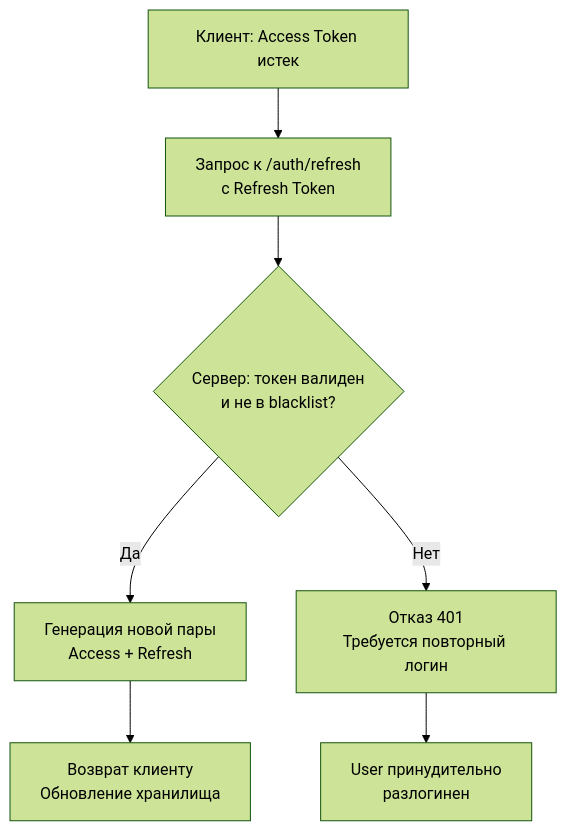
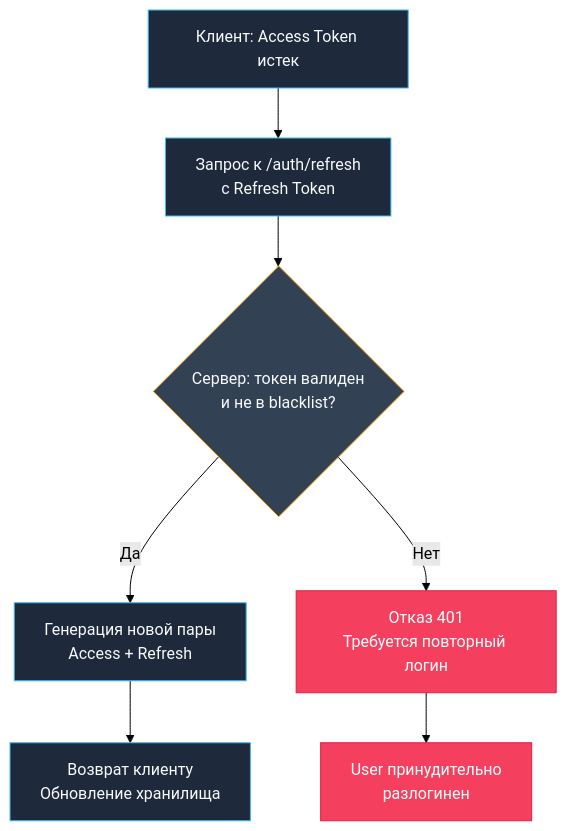
Before and after one commit to UnrealTemplier/go-textbook: the second of 2 diagrams in sources/9. Бэкенд на Go (Практика разработки)/19. Authentication. JWT.md, drawn with Mermaid (forest theme). The commit also changed other lines of this file, not shown here.

````diff
--- a/sources/9. Бэкенд на Go (Практика разработки)/19. Authentication. JWT.md
+++ b/sources/9. Бэкенд на Go (Практика разработки)/19. Authentication. JWT.md
@@ -143,9 +172,18 @@
 ```mermaid
 flowchart TD
     A["Клиент: Access Token истек"] --> B["Запрос к /auth/refresh<br>с Refresh Token"]
     B --> C{"Сервер: токен валиден<br>и не в blacklist?"}
     C -->|Да| D["Генерация новой пары<br>Access + Refresh"]
     D --> E["Возврат клиенту<br>Обновление хранилища"]
     C -->|Нет| F["Отказ 401<br>Требуется повторный логин"]
     F --> G["User принудительно<br>разлогинен"]
+
+    classDef normal fill:#1e293b,stroke:#38bdf8,color:#f8fafc;
+    classDef decision fill:#334155,stroke:#f59e0b,color:#f8fafc;
+    classDef ok fill:#10b981,stroke:#059669,color:#ffffff;
+    classDef fail fill:#f43f5e,stroke:#e11d48,color:#ffffff;
+    class A,B,D,E normal;
+    class C decision;
+    class G fail;
+    class F fail;
 ```
````
